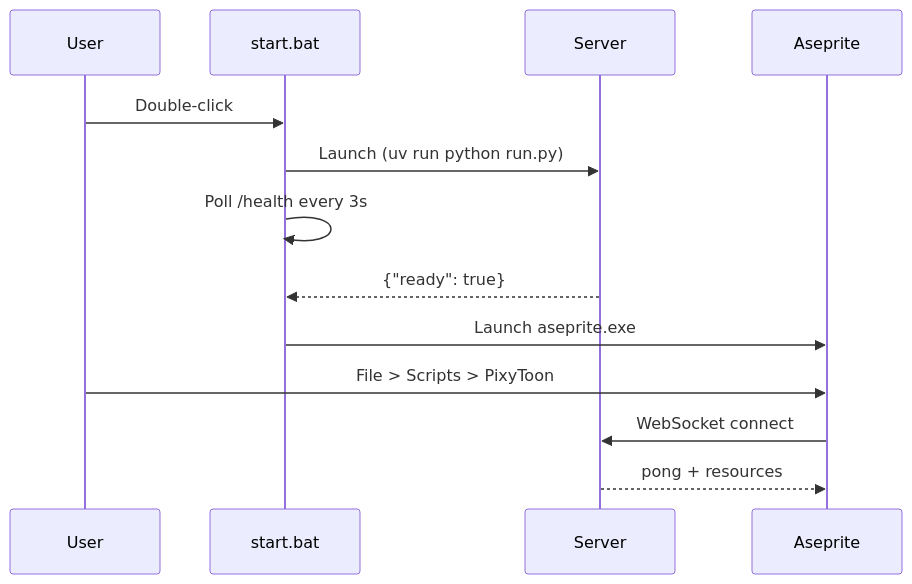
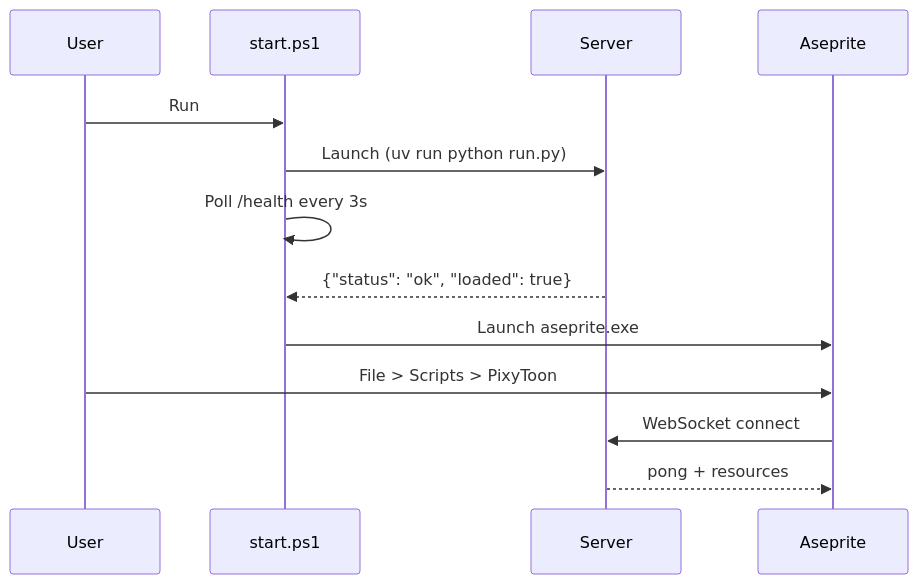
Before and after one commit to FeelTheFonk/SDDj: the first of 3 diagrams in docs/GUIDE.md, drawn with Mermaid. The commit also changed other lines of this file and 26 other files, not shown here.

````diff
--- a/docs/GUIDE.md
+++ b/docs/GUIDE.md
@@ -54,16 +54,16 @@
 ```mermaid
 sequenceDiagram
     participant User
-    participant start.bat
+    participant start.ps1
     participant Server
     participant Aseprite
 
-    User->>start.bat: Double-click
-    start.bat->>Server: Launch (uv run python run.py)
-    start.bat->>start.bat: Poll /health every 3s
-    Server-->>start.bat: {"ready": true}
-    start.bat->>Aseprite: Launch aseprite.exe
+    User->>start.ps1: Run
+    start.ps1->>Server: Launch (uv run python run.py)
+    start.ps1->>start.ps1: Poll /health every 3s
+    Server-->>start.ps1: {"status": "ok", "loaded": true}
+    start.ps1->>Aseprite: Launch aseprite.exe
     User->>Aseprite: File > Scripts > PixyToon
     Aseprite->>Server: WebSocket connect
     Server-->>Aseprite: pong + resources
 ```
````
